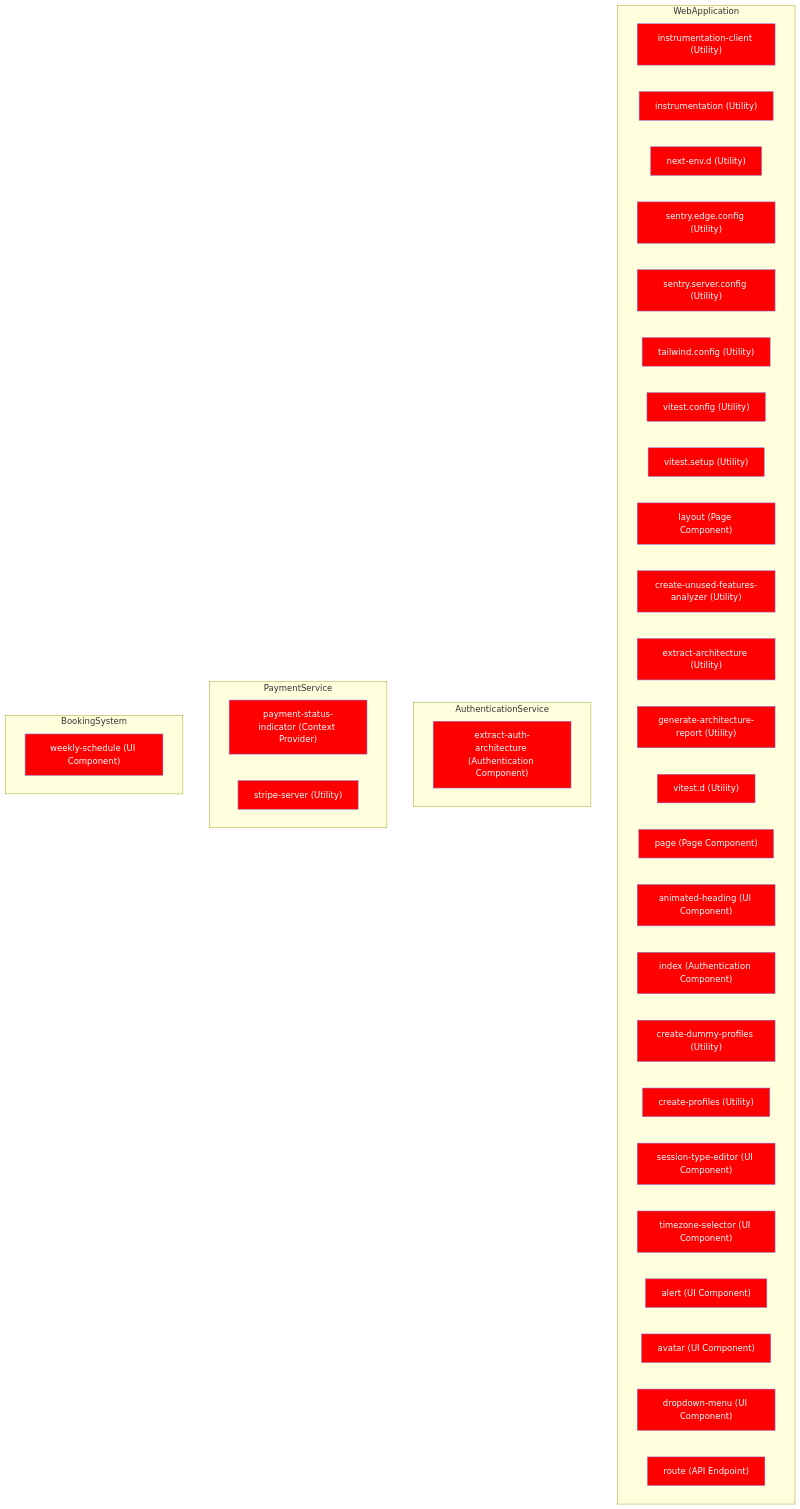
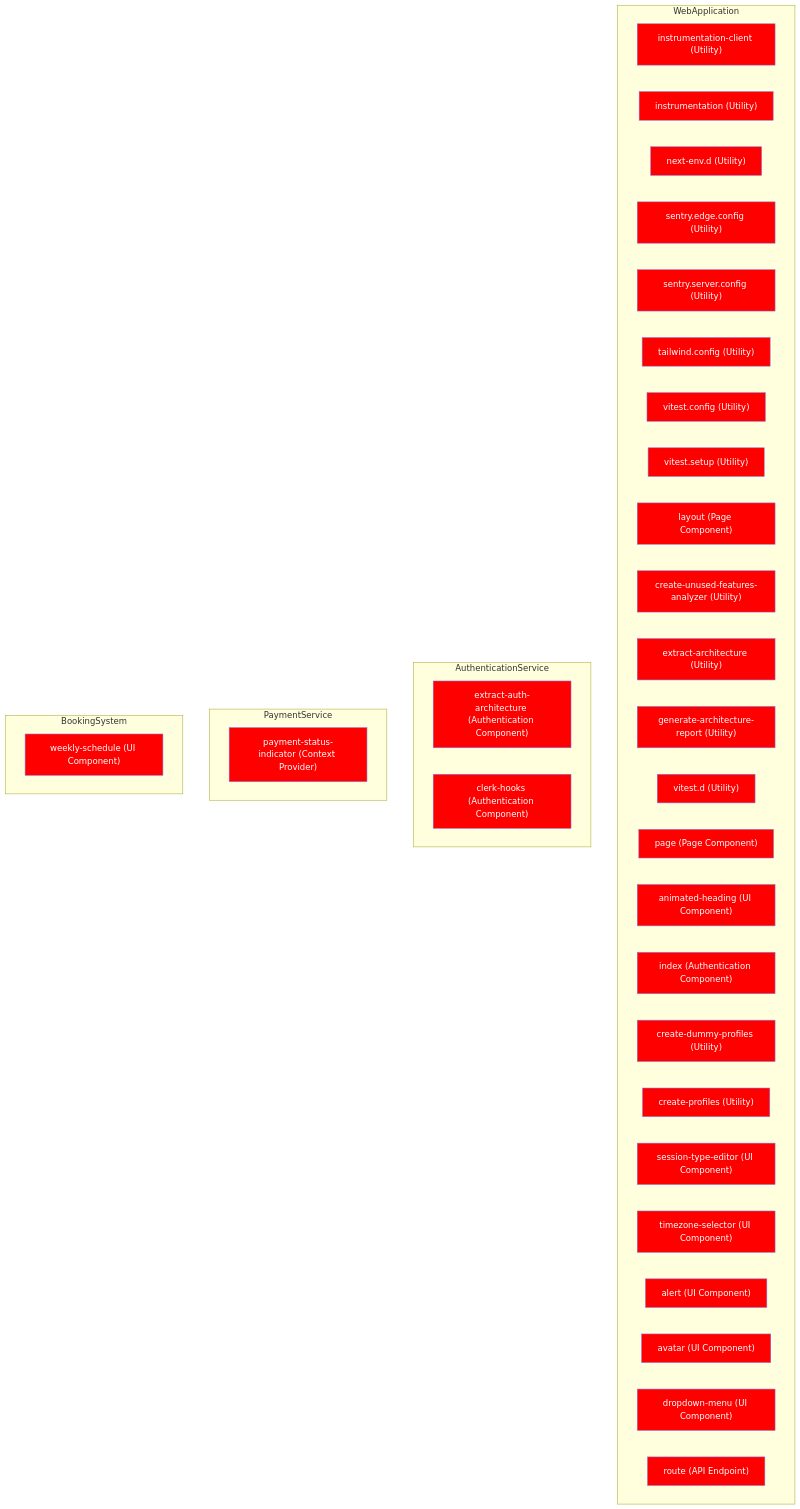
One commit to liam-jons/buildappswith changed the diagram in docs/architecture/analysis/unused-components-diagram.mmd. Above: the diagram before and after it, drawn with Mermaid. The commit also changed 89 other files, not shown here.

```diff
--- a/docs/architecture/analysis/unused-components-diagram.mmd
+++ b/docs/architecture/analysis/unused-components-diagram.mmd
@@ -1,108 +1,108 @@
 graph TD
     subgraph WebApplication
         instrumentation_client["instrumentation-client (Utility)"]:::unused
         instrumentation["instrumentation (Utility)"]:::unused
         next_env_d["next-env.d (Utility)"]:::unused
         sentry_edge_config["sentry.edge.config (Utility)"]:::unused
         sentry_server_config["sentry.server.config (Utility)"]:::unused
         tailwind_config["tailwind.config (Utility)"]:::unused
         vitest_config["vitest.config (Utility)"]:::unused
         vitest_setup["vitest.setup (Utility)"]:::unused
         layout["layout (Page Component)"]:::unused
         create_unused_features_analyzer["create-unused-features-analyzer (Utility)"]:::unused
         extract_architecture["extract-architecture (Utility)"]:::unused
         generate_architecture_report["generate-architecture-report (Utility)"]:::unused
         vitest_d["vitest.d (Utility)"]:::unused
         layout["layout (Page Component)"]:::unused
         page["page (Page Component)"]:::unused
         layout["layout (Page Component)"]:::unused
         layout["layout (Page Component)"]:::unused
         page["page (Page Component)"]:::unused
         layout["layout (Page Component)"]:::unused
         page["page (Page Component)"]:::unused
         animated_heading["animated-heading (UI Component)"]:::unused
         index["index (Utility)"]:::unused
         index["index (Utility)"]:::unused
         create_dummy_profiles["create-dummy-profiles (Utility)"]:::unused
         create_profiles["create-profiles (Utility)"]:::unused
         page["page (Page Component)"]:::unused
         page["page (Page Component)"]:::unused
         page["page (Page Component)"]:::unused
         page["page (Page Component)"]:::unused
         page["page (Page Component)"]:::unused
         page["page (Page Component)"]:::unused
         page["page (Page Component)"]:::unused
         page["page (Page Component)"]:::unused
         page["page (Page Component)"]:::unused
         page["page (Page Component)"]:::unused
         page["page (Page Component)"]:::unused
         layout["layout (Page Component)"]:::unused
         page["page (Page Component)"]:::unused
         layout["layout (Page Component)"]:::unused
         page["page (Page Component)"]:::unused
         layout["layout (Page Component)"]:::unused
         page["page (Page Component)"]:::unused
         layout["layout (Page Component)"]:::unused
         page["page (Page Component)"]:::unused
         page["page (Page Component)"]:::unused
         page["page (Page Component)"]:::unused
         page["page (Page Component)"]:::unused
         page["page (Page Component)"]:::unused
         page["page (Page Component)"]:::unused
         page["page (Page Component)"]:::unused
         page["page (Page Component)"]:::unused
         page["page (Page Component)"]:::unused
         index["index (Utility)"]:::unused
         index["index (Utility)"]:::unused
         session_type_editor["session-type-editor (UI Component)"]:::unused
         timezone_selector["timezone-selector (UI Component)"]:::unused
         index["index (Utility)"]:::unused
         alert["alert (UI Component)"]:::unused
         avatar["avatar (UI Component)"]:::unused
         dropdown_menu["dropdown-menu (UI Component)"]:::unused
         index["index (Utility)"]:::unused
         page["page (Page Component)"]:::unused
         page["page (Page Component)"]:::unused
         page["page (Page Component)"]:::unused
         page["page (Page Component)"]:::unused
         page["page (Page Component)"]:::unused
         route["route (API Endpoint)"]:::unused
         route["route (API Endpoint)"]:::unused
         route["route (API Endpoint)"]:::unused
         route["route (API Endpoint)"]:::unused
         route["route (API Endpoint)"]:::unused
         route["route (API Endpoint)"]:::unused
         route["route (API Endpoint)"]:::unused
         route["route (API Endpoint)"]:::unused
         route["route (API Endpoint)"]:::unused
         route["route (API Endpoint)"]:::unused
         route["route (API Endpoint)"]:::unused
         route["route (API Endpoint)"]:::unused
         route["route (API Endpoint)"]:::unused
         route["route (API Endpoint)"]:::unused
     end
 
     subgraph AuthenticationService
         extract_auth_architecture["extract-auth-architecture (Authentication Component)"]:::unused
+        clerk_hooks["clerk-hooks (Authentication Component)"]:::unused
         index["index (Authentication Component)"]:::unused
         route["route (API Endpoint)"]:::unused
     end
 
     subgraph PaymentService
         payment_status_indicator["payment-status-indicator (Context Provider)"]:::unused
-        stripe_server["stripe-server (Utility)"]:::unused
         page["page (Page Component)"]:::unused
         page["page (Page Component)"]:::unused
         route["route (API Endpoint)"]:::unused
         route["route (API Endpoint)"]:::unused
         route["route (API Endpoint)"]:::unused
     end
 
     subgraph BookingSystem
         weekly_schedule["weekly-schedule (UI Component)"]:::unused
         route["route (API Endpoint)"]:::unused
         route["route (API Endpoint)"]:::unused
     end
 
     classDef unused fill:#FF0000,color:white;
     classDef timeline fill:#0000FF,color:white;
```
